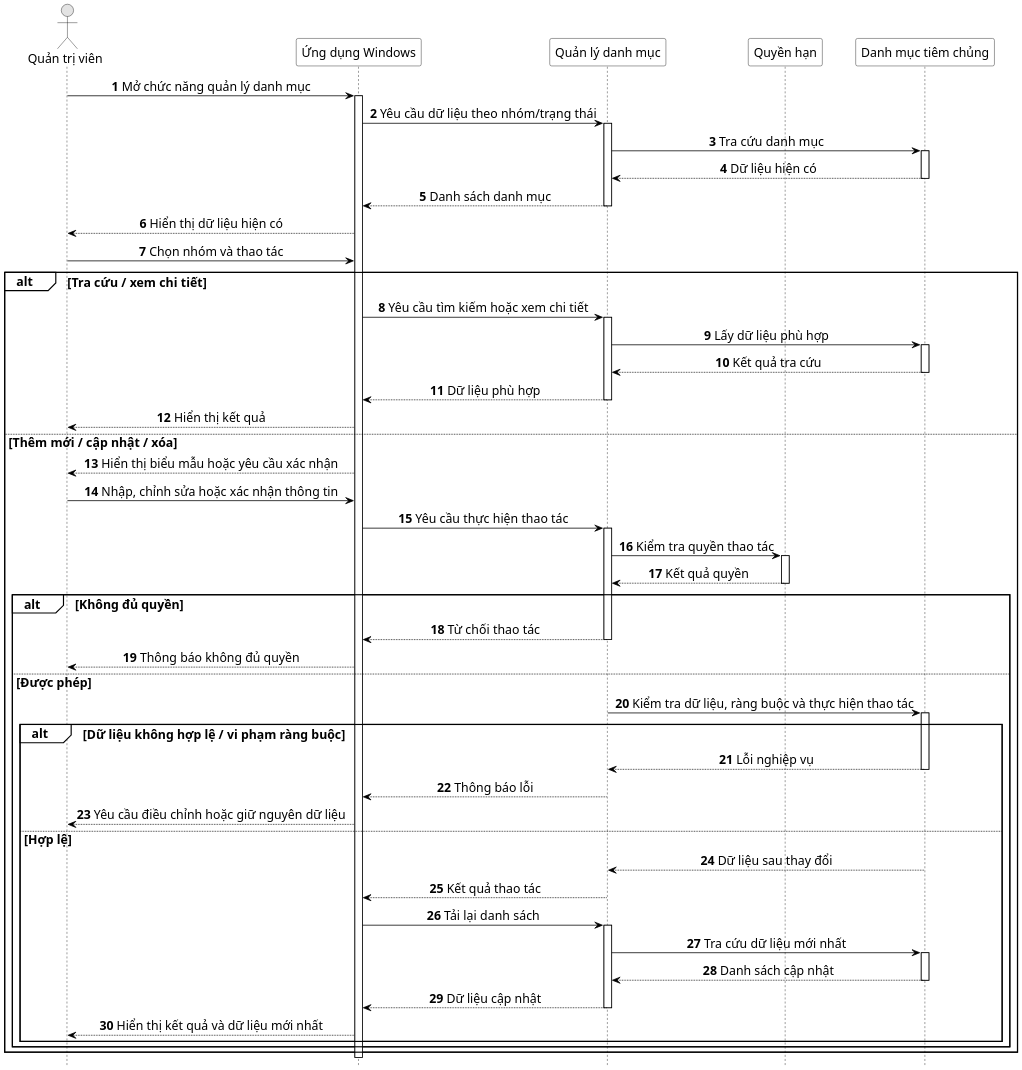
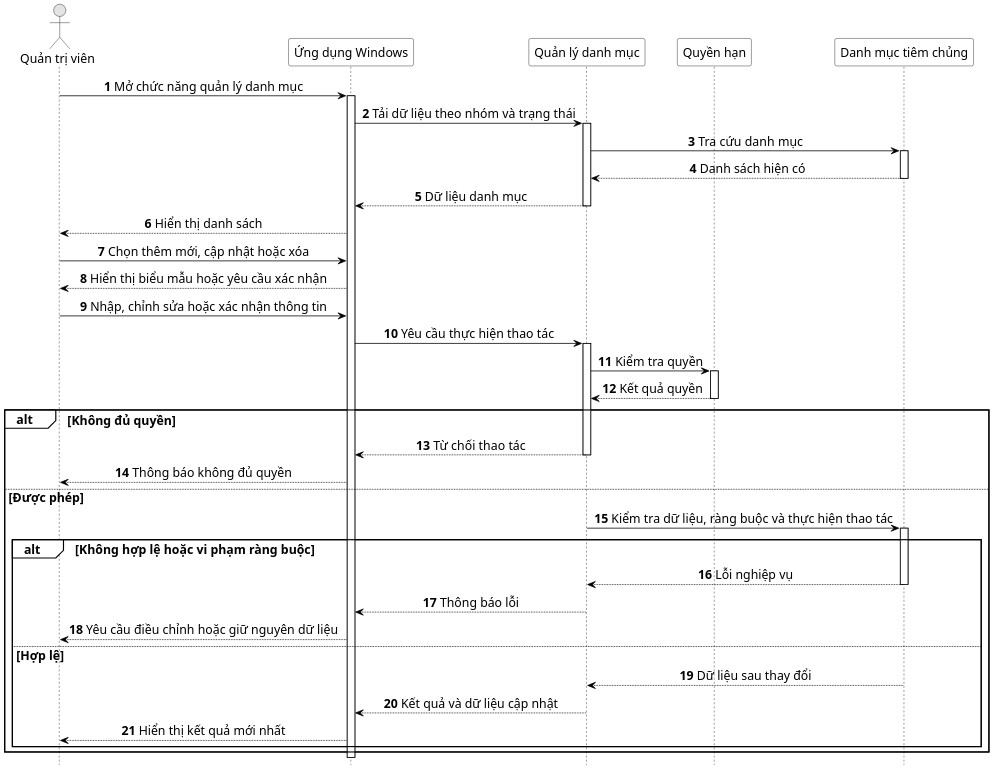
The diagram in docs/thesis/uml/Hinh_2_10_Sequence_Quan_Ly_Danh_Muc_Tiem_Chung.puml (datngo1203/KLCN-QuanLyTiemChung), drawn with PlantUML before and after one commit.

Commit message:
docs: simplify UC1 sequence for A4 readability

```diff
--- a/docs/thesis/uml/Hinh_2_10_Sequence_Quan_Ly_Danh_Muc_Tiem_Chung.puml
+++ b/docs/thesis/uml/Hinh_2_10_Sequence_Quan_Ly_Danh_Muc_Tiem_Chung.puml
@@ -1,98 +1,77 @@
 @startuml
 ' THESIS-R1 - HUIT Sequence Diagram profile
 skinparam monochrome true
 skinparam shadowing false
 skinparam backgroundColor white
 skinparam defaultFontName "Times New Roman"
 skinparam defaultFontSize 16
 skinparam dpi 180
 skinparam sequence {
   ArrowColor black
   LifeLineBorderColor black
   LifeLineBackgroundColor white
   ParticipantBorderColor black
   ParticipantBackgroundColor white
   ActorBorderColor black
   ActorFontColor black
   ParticipantFontColor black
   GroupBorderColor black
   GroupBackgroundColor white
   GroupFontColor black
   MessageAlign center
 }
 hide footbox
 autonumber
 
 actor "Quản trị viên" as Admin
 participant "Ứng dụng Windows" as UI
 participant "Quản lý danh mục" as CatalogLogic
 participant "Quyền hạn" as Permission
 participant "Danh mục tiêm chủng" as CatalogData
 
 Admin -> UI : Mở chức năng quản lý danh mục
 activate UI
-UI -> CatalogLogic : Yêu cầu dữ liệu theo nhóm/trạng thái
+UI -> CatalogLogic : Tải dữ liệu theo nhóm và trạng thái
 activate CatalogLogic
 CatalogLogic -> CatalogData : Tra cứu danh mục
 activate CatalogData
-CatalogData --> CatalogLogic : Dữ liệu hiện có
+CatalogData --> CatalogLogic : Danh sách hiện có
 deactivate CatalogData
-CatalogLogic --> UI : Danh sách danh mục
+CatalogLogic --> UI : Dữ liệu danh mục
 deactivate CatalogLogic
-UI --> Admin : Hiển thị dữ liệu hiện có
+UI --> Admin : Hiển thị danh sách
 
-Admin -> UI : Chọn nhóm và thao tác
+Admin -> UI : Chọn thêm mới, cập nhật hoặc xóa
+UI --> Admin : Hiển thị biểu mẫu hoặc yêu cầu xác nhận
+Admin -> UI : Nhập, chỉnh sửa hoặc xác nhận thông tin
+UI -> CatalogLogic : Yêu cầu thực hiện thao tác
+activate CatalogLogic
+CatalogLogic -> Permission : Kiểm tra quyền
+activate Permission
+Permission --> CatalogLogic : Kết quả quyền
+deactivate Permission
 
-alt Tra cứu / xem chi tiết
-  UI -> CatalogLogic : Yêu cầu tìm kiếm hoặc xem chi tiết
-  activate CatalogLogic
-  CatalogLogic -> CatalogData : Lấy dữ liệu phù hợp
+alt Không đủ quyền
+  CatalogLogic --> UI : Từ chối thao tác
+  deactivate CatalogLogic
+  UI --> Admin : Thông báo không đủ quyền
+else Được phép
+  CatalogLogic -> CatalogData : Kiểm tra dữ liệu, ràng buộc và thực hiện thao tác
   activate CatalogData
-  CatalogData --> CatalogLogic : Kết quả tra cứu
-  deactivate CatalogData
-  CatalogLogic --> UI : Dữ liệu phù hợp
-  deactivate CatalogLogic
-  UI --> Admin : Hiển thị kết quả
-else Thêm mới / cập nhật / xóa
-  UI --> Admin : Hiển thị biểu mẫu hoặc yêu cầu xác nhận
-  Admin -> UI : Nhập, chỉnh sửa hoặc xác nhận thông tin
-  UI -> CatalogLogic : Yêu cầu thực hiện thao tác
-  activate CatalogLogic
-  CatalogLogic -> Permission : Kiểm tra quyền thao tác
-  activate Permission
-  Permission --> CatalogLogic : Kết quả quyền
-  deactivate Permission
-
-  alt Không đủ quyền
-    CatalogLogic --> UI : Từ chối thao tác
+  alt Không hợp lệ hoặc vi phạm ràng buộc
+    CatalogData --> CatalogLogic : Lỗi nghiệp vụ
+    deactivate CatalogData
+    CatalogLogic --> UI : Thông báo lỗi
     deactivate CatalogLogic
-    UI --> Admin : Thông báo không đủ quyền
-  else Được phép
-    CatalogLogic -> CatalogData : Kiểm tra dữ liệu, ràng buộc và thực hiện thao tác
-    activate CatalogData
-    alt Dữ liệu không hợp lệ / vi phạm ràng buộc
-      CatalogData --> CatalogLogic : Lỗi nghiệp vụ
-      deactivate CatalogData
-      CatalogLogic --> UI : Thông báo lỗi
-      deactivate CatalogLogic
-      UI --> Admin : Yêu cầu điều chỉnh hoặc giữ nguyên dữ liệu
-    else Hợp lệ
-      CatalogData --> CatalogLogic : Dữ liệu sau thay đổi
-      deactivate CatalogData
-      CatalogLogic --> UI : Kết quả thao tác
-      deactivate CatalogLogic
-      UI -> CatalogLogic : Tải lại danh sách
-      activate CatalogLogic
-      CatalogLogic -> CatalogData : Tra cứu dữ liệu mới nhất
-      activate CatalogData
-      CatalogData --> CatalogLogic : Danh sách cập nhật
-      deactivate CatalogData
-      CatalogLogic --> UI : Dữ liệu cập nhật
-      deactivate CatalogLogic
-      UI --> Admin : Hiển thị kết quả và dữ liệu mới nhất
-    end
+    UI --> Admin : Yêu cầu điều chỉnh hoặc giữ nguyên dữ liệu
+  else Hợp lệ
+    CatalogData --> CatalogLogic : Dữ liệu sau thay đổi
+    deactivate CatalogData
+    CatalogLogic --> UI : Kết quả và dữ liệu cập nhật
+    deactivate CatalogLogic
+    UI --> Admin : Hiển thị kết quả mới nhất
   end
 end
 
 deactivate UI
 @enduml
```
